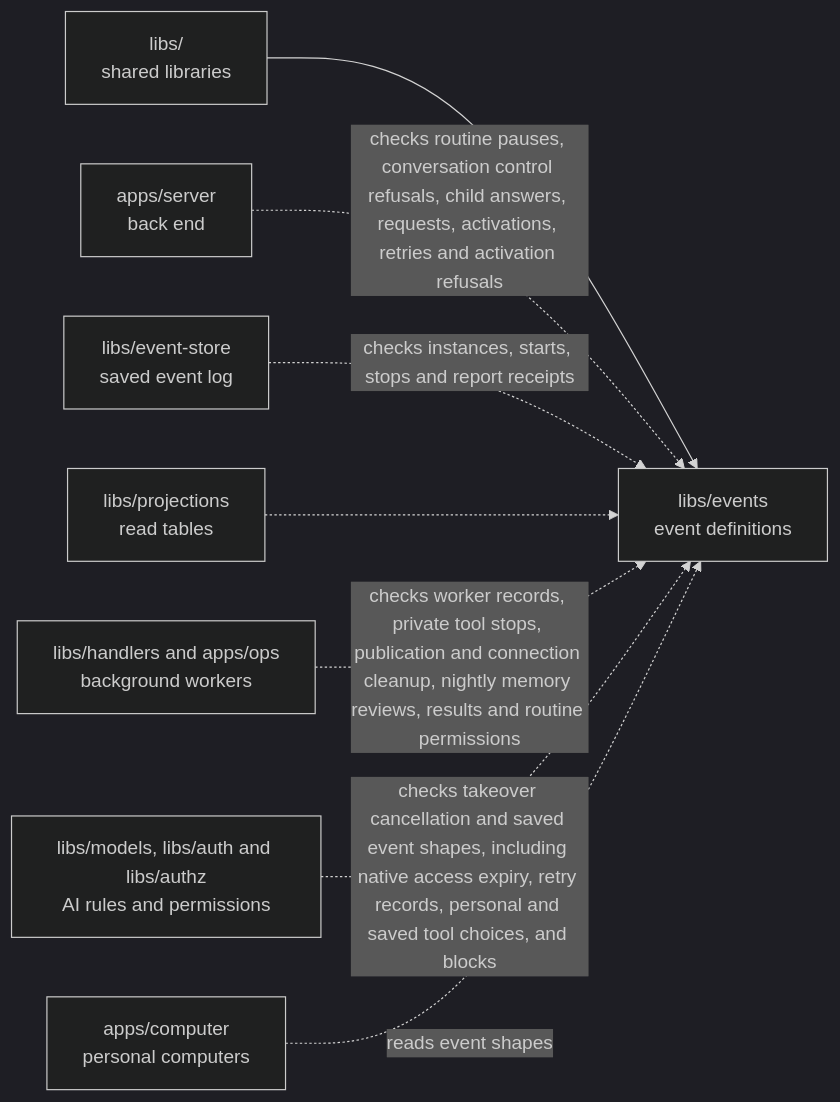
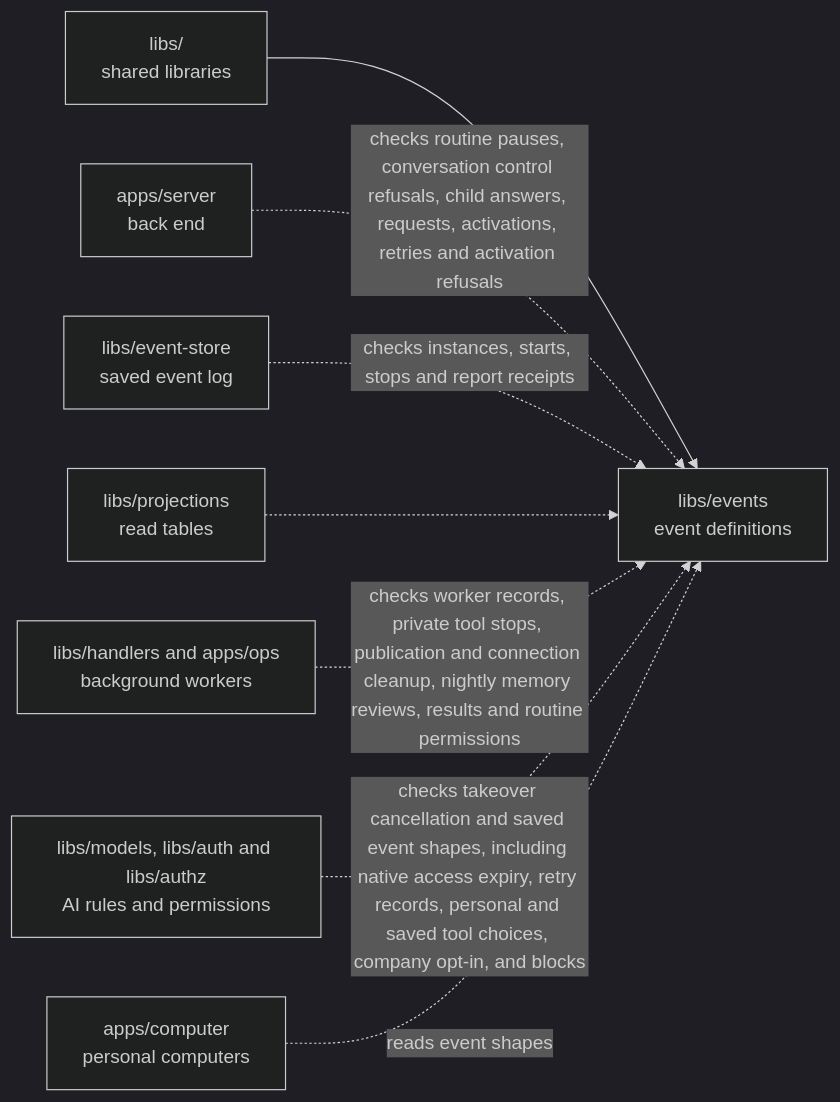
Before and after one commit to elewa-git/opencrane-new: the diagram in libs/events/README.md, drawn with Mermaid (dark theme). The commit also changed other lines of this file and 13 other files, not shown here.

````diff
--- a/libs/events/README.md
+++ b/libs/events/README.md
@@ -24,10 +24,10 @@
 ```mermaid
 flowchart LR
   parent["libs/<br/>shared libraries"] --> events["libs/events<br/>event definitions"]
   server["apps/server<br/>back end"] -.->|checks routine pauses, conversation control refusals, child answers, requests, activations, retries and activation refusals| events
   store["libs/event-store<br/>saved event log"] -.->|checks instances, starts, stops and report receipts| events
   projections["libs/projections<br/>read tables"] -.-> events
   workers["libs/handlers and apps/ops<br/>background workers"] -.->|checks worker records, private tool stops, publication and connection cleanup, nightly memory reviews, results and routine permissions| events
-  models["libs/models, libs/auth and libs/authz<br/>AI rules and permissions"] -.->|checks takeover cancellation and saved event shapes, including native access expiry, retry records, personal and saved tool choices, and blocks| events
+  models["libs/models, libs/auth and libs/authz<br/>AI rules and permissions"] -.->|checks takeover cancellation and saved event shapes, including native access expiry, retry records, personal and saved tool choices, company opt-in, and blocks| events
   computer["apps/computer<br/>personal computers"] -.->|reads event shapes| events
 ```
````
